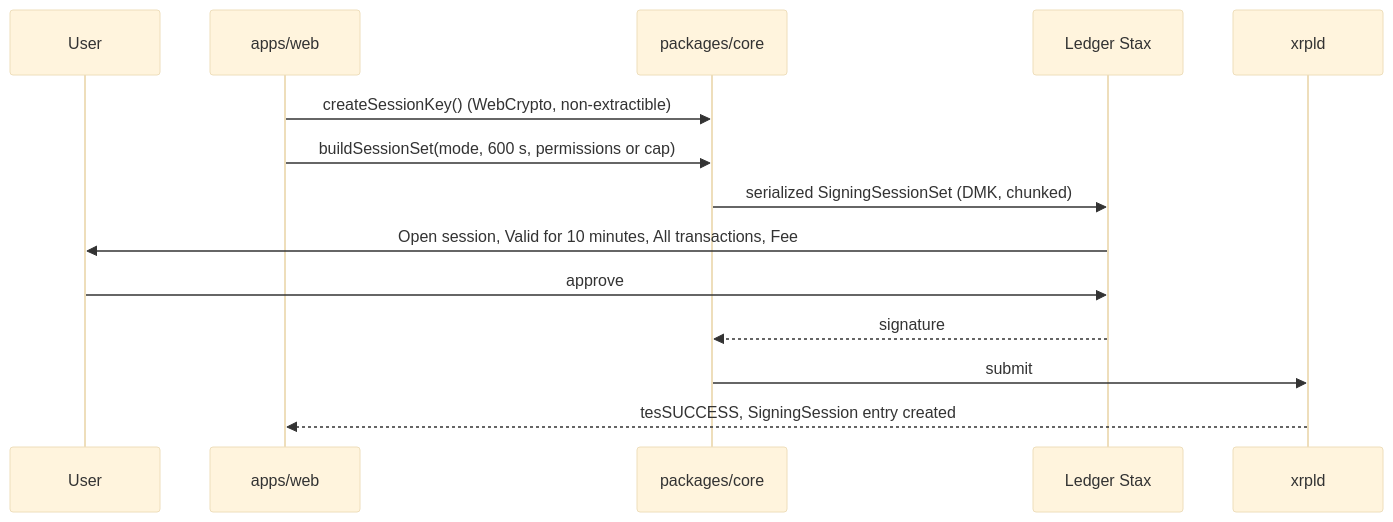
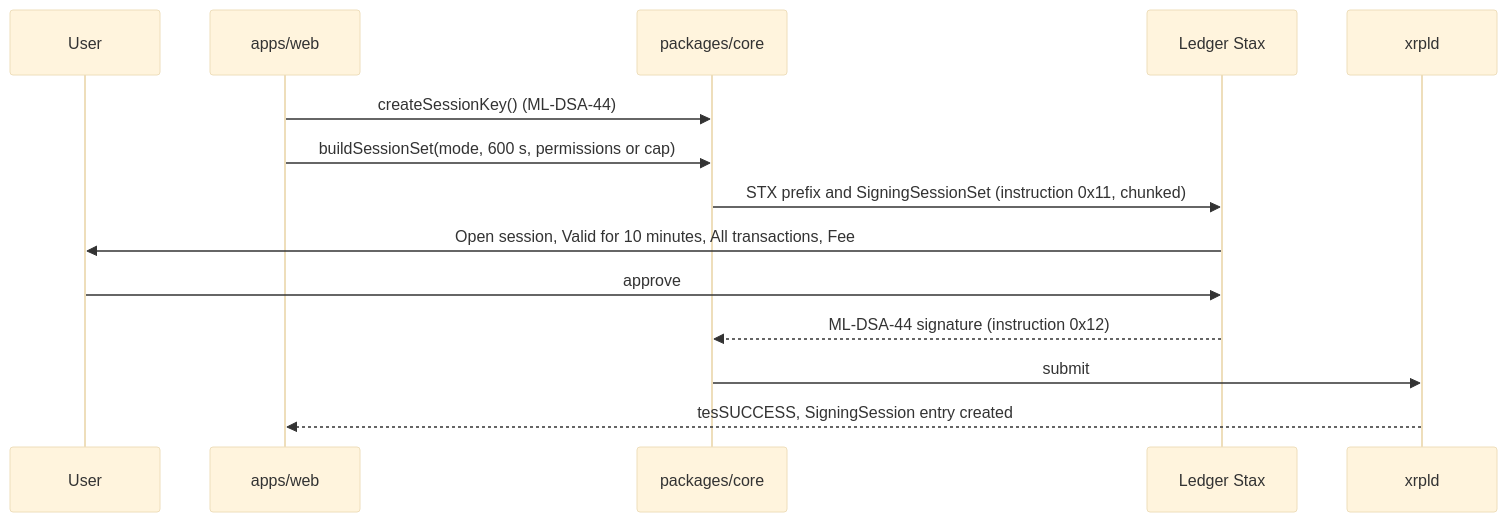
One commit to STOOOKEEE/carbs changed the second of 2 diagrams in docs/ARCHITECTURE.md. Above: the diagram before and after it, drawn with Mermaid (base theme). The commit also changed other lines of this file and 6 other files, not shown here.

````diff
--- a/docs/ARCHITECTURE.md
+++ b/docs/ARCHITECTURE.md
@@ -66,16 +73,16 @@
 ```mermaid
 sequenceDiagram
     participant U as User
     participant W as apps/web
     participant C as packages/core
     participant D as Ledger Stax
     participant N as xrpld
-    W->>C: createSessionKey() (WebCrypto, non-extractible)
+    W->>C: createSessionKey() (ML-DSA-44)
     W->>C: buildSessionSet(mode, 600 s, permissions or cap)
-    C->>D: serialized SigningSessionSet (DMK, chunked)
+    C->>D: STX prefix and SigningSessionSet (instruction 0x11, chunked)
     D->>U: Open session, Valid for 10 minutes, All transactions, Fee
     U->>D: approve
-    D-->>C: signature
+    D-->>C: ML-DSA-44 signature (instruction 0x12)
     C->>N: submit
     N-->>W: tesSUCCESS, SigningSession entry created
 ```
````
